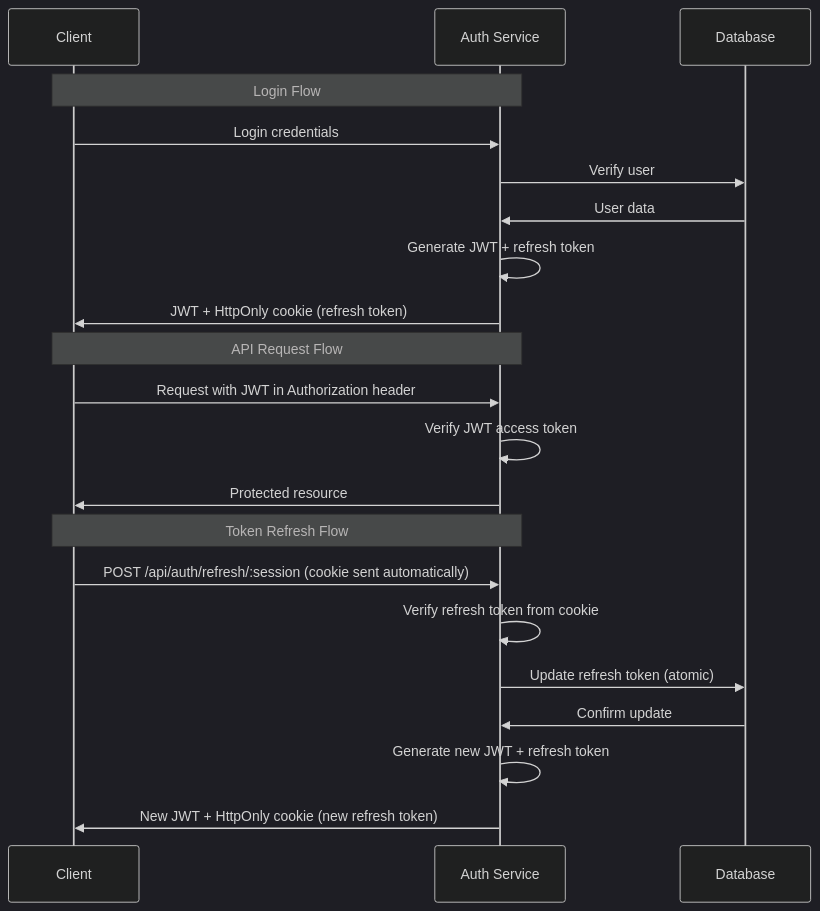
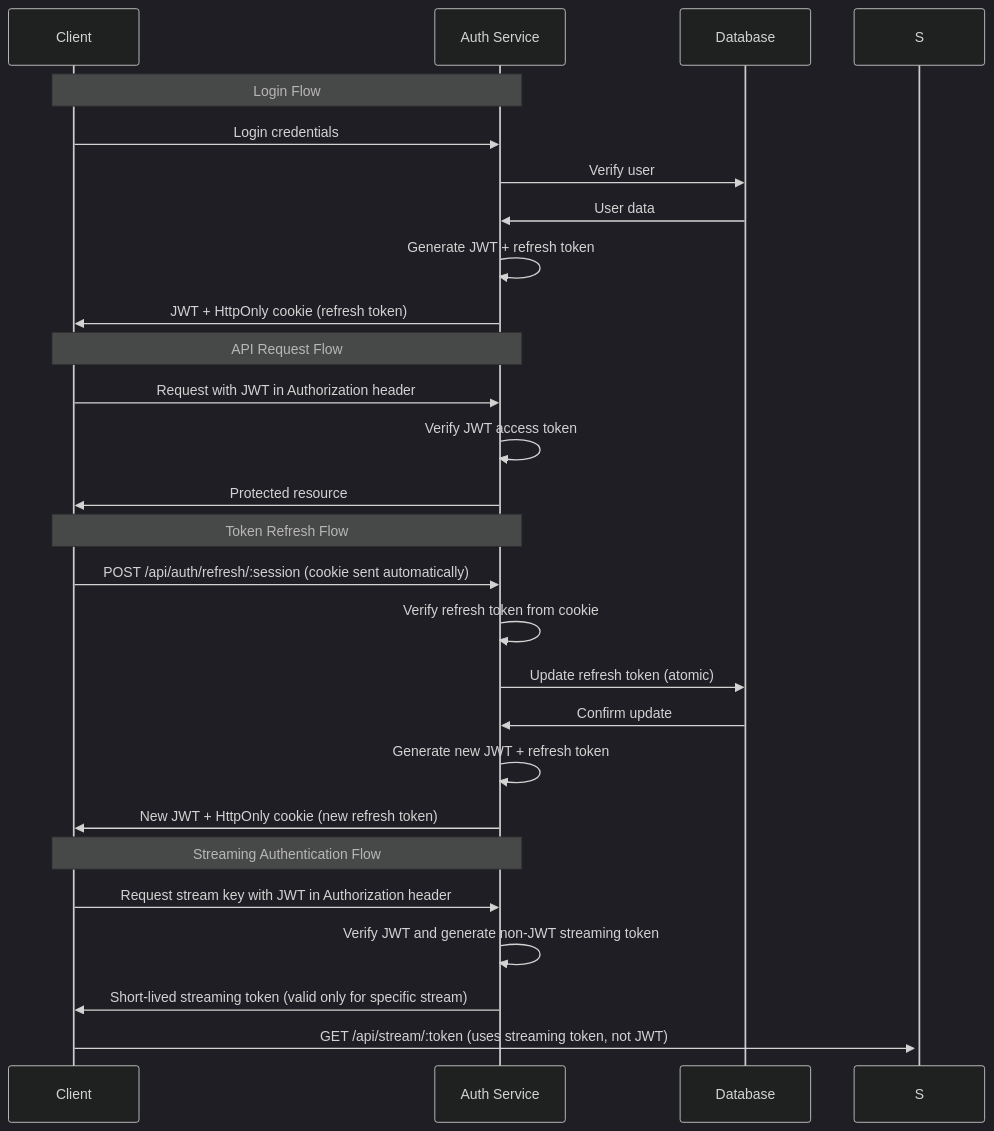
Before and after one commit to maury91/miauflix: the second of 3 diagrams in docs/architecture/system-overview.md, drawn with Mermaid (dark theme). The commit also changed other lines of this file and 6 other files, not shown here.

````diff
--- a/docs/architecture/system-overview.md
+++ b/docs/architecture/system-overview.md
@@ -116,26 +122,32 @@
 ```mermaid
 sequenceDiagram
     participant C as Client
     participant A as Auth Service
     participant D as Database
 
     Note over C,A: Login Flow
     C->>A: Login credentials
     A->>D: Verify user
     D->>A: User data
     A->>A: Generate JWT + refresh token
     A->>C: JWT + HttpOnly cookie (refresh token)
 
     Note over C,A: API Request Flow
     C->>A: Request with JWT in Authorization header
     A->>A: Verify JWT access token
     A->>C: Protected resource
 
     Note over C,A: Token Refresh Flow
     C->>A: POST /api/auth/refresh/:session (cookie sent automatically)
     A->>A: Verify refresh token from cookie
     A->>D: Update refresh token (atomic)
     D->>A: Confirm update
     A->>A: Generate new JWT + refresh token
     A->>C: New JWT + HttpOnly cookie (new refresh token)
+
+    Note over C,A: Streaming Authentication Flow
+    C->>A: Request stream key with JWT in Authorization header
+    A->>A: Verify JWT and generate non-JWT streaming token
+    A->>C: Short-lived streaming token (valid only for specific stream)
+    C->>+S: GET /api/stream/:token (uses streaming token, not JWT)
 ```
````
